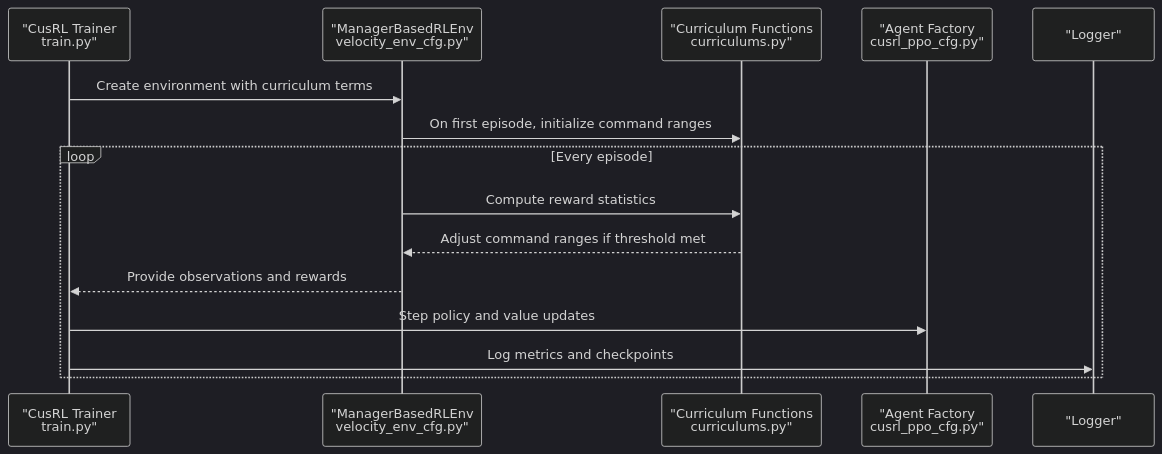
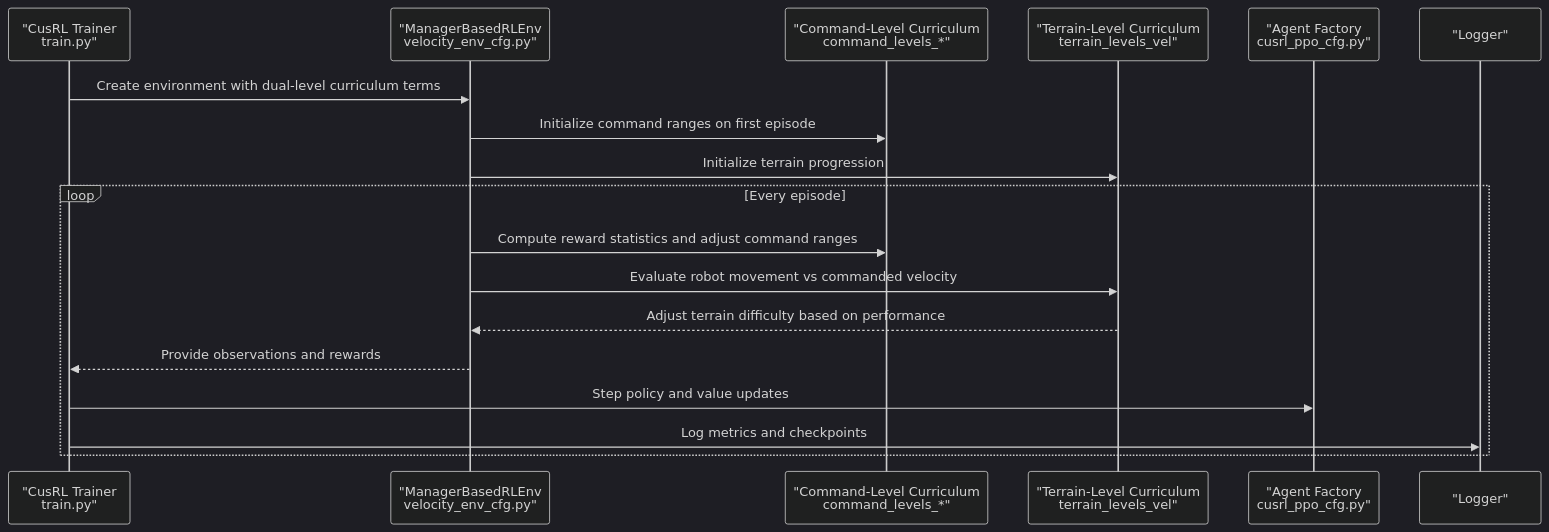
The second of 4 diagrams in .qoder/repowiki/en/content/Advanced Features/Curriculum Learning Framework.md (jayjayhust/robot_lab), drawn with Mermaid (dark theme) before and after one commit. The commit also changed other lines of this file and 168 other files, not shown here.

````diff
--- a/.qoder/repowiki/en/content/Advanced Features/Curriculum Learning Framework.md
+++ b/.qoder/repowiki/en/content/Advanced Features/Curriculum Learning Framework.md
@@ -98,17 +113,20 @@
 ```mermaid
 sequenceDiagram
 participant Trainer as "CusRL Trainer<br/>train.py"
 participant Env as "ManagerBasedRLEnv<br/>velocity_env_cfg.py"
-participant Cur as "Curriculum Functions<br/>curriculums.py"
+participant CmdCur as "Command-Level Curriculum<br/>command_levels_*"
+participant TerrCur as "Terrain-Level Curriculum<br/>terrain_levels_vel"
 participant Agent as "Agent Factory<br/>cusrl_ppo_cfg.py"
 participant Logger as "Logger"
-Trainer->>Env : Create environment with curriculum terms
-Env->>Cur : On first episode, initialize command ranges
+Trainer->>Env : Create environment with dual-level curriculum terms
+Env->>CmdCur : Initialize command ranges on first episode
+Env->>TerrCur : Initialize terrain progression
 loop Every episode
-Env->>Cur : Compute reward statistics
-Cur-->>Env : Adjust command ranges if threshold met
+Env->>CmdCur : Compute reward statistics and adjust command ranges
+Env->>TerrCur : Evaluate robot movement vs commanded velocity
+TerrCur-->>Env : Adjust terrain difficulty based on performance
 Env-->>Trainer : Provide observations and rewards
 Trainer->>Agent : Step policy and value updates
 Trainer->>Logger : Log metrics and checkpoints
 end
 ```
````
